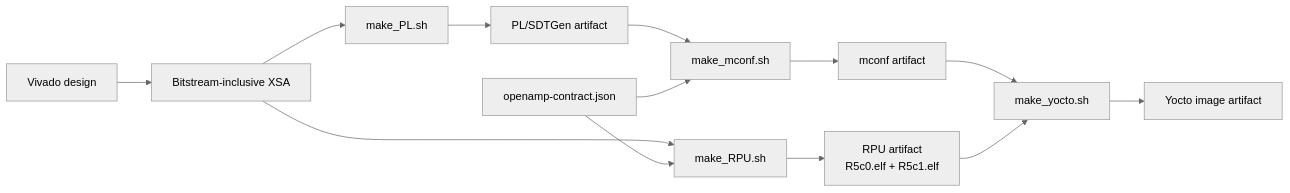
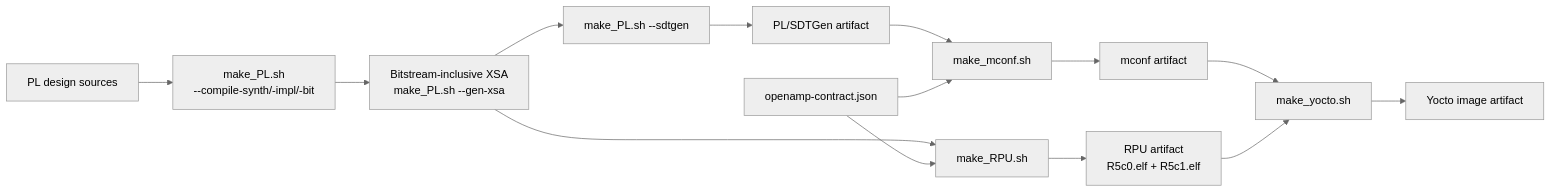
The diagram in README.md (Monutchee/monutchee-manifest), drawn with Mermaid (neutral theme) before and after one commit. The commit also changed other lines of this file and 7 other files, not shown here.

````diff
--- a/README.md
+++ b/README.md
@@ -86,20 +86,21 @@
 ```mermaid
 flowchart LR
-    VIVADO["Vivado design"] --> XSA["Bitstream-inclusive XSA"]
+    SOURCES["PL design sources"] --> COMPILE["make_PL.sh<br/>--compile-synth/-impl/-bit"]
+    COMPILE --> XSA["Bitstream-inclusive XSA<br/>make_PL.sh --gen-xsa"]
     CONTRACT["openamp-contract.json"]
 
-    XSA --> PL["make_PL.sh"]
+    XSA --> PL["make_PL.sh --sdtgen"]
     PL --> PL_ARTIFACT["PL/SDTGen artifact"]
 
     PL_ARTIFACT --> MCONF["make_mconf.sh"]
     CONTRACT --> MCONF
     MCONF --> MCONF_ARTIFACT["mconf artifact"]
 
     XSA --> RPU["make_RPU.sh"]
     CONTRACT --> RPU
     RPU --> RPU_ARTIFACT["RPU artifact<br/>R5c0.elf + R5c1.elf"]
 
     MCONF_ARTIFACT --> YOCTO["make_yocto.sh"]
     RPU_ARTIFACT --> YOCTO
     YOCTO --> IMAGE["Yocto image artifact"]
 ```
````
